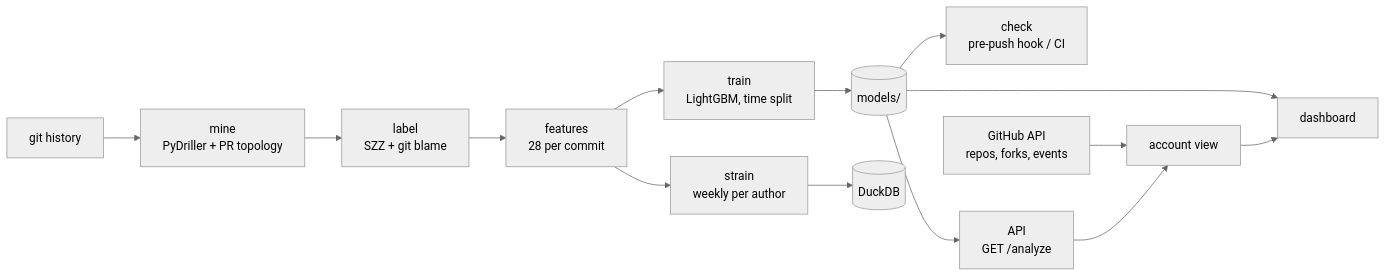
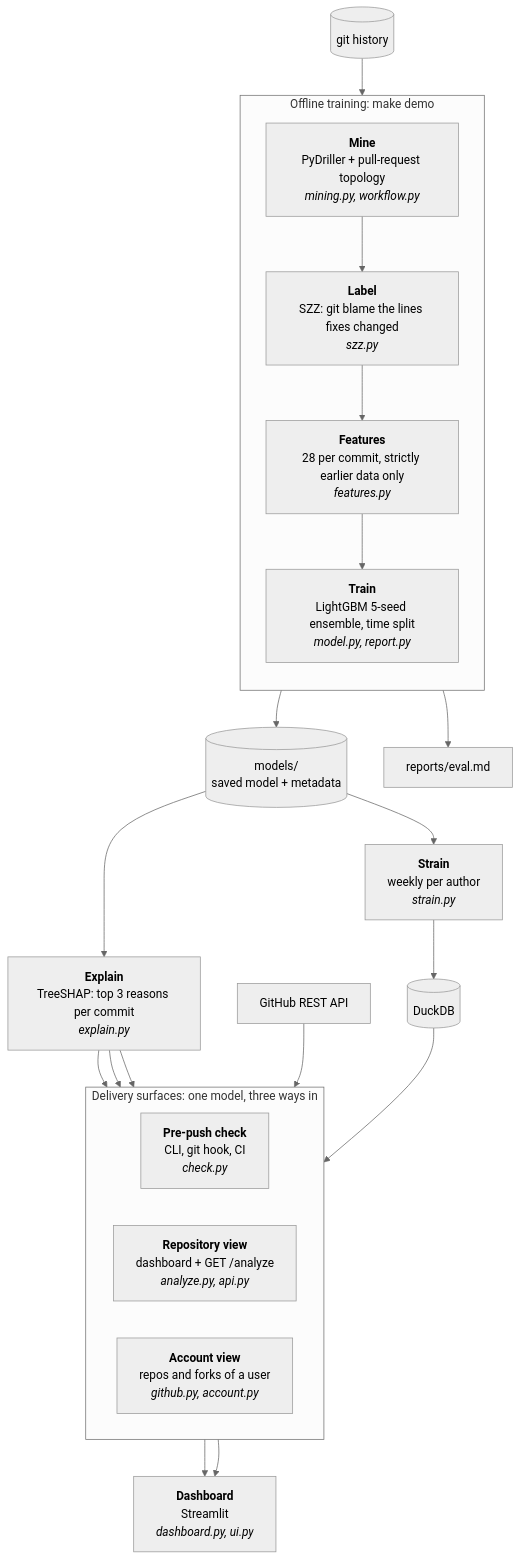
Before and after one commit to Iamshi-vissa/CommitRad: the diagram in README.md, drawn with Mermaid (neutral theme). The commit also changed other lines of this file and 6 other files, not shown here.

Commit message:
README: clearer layout, screenshots, top-down architecture diagram

````diff
--- a/README.md
+++ b/README.md
@@ -94,15 +95,34 @@
 ```mermaid
-flowchart LR
-    G[git history] --> M[mine<br/>PyDriller + PR topology]
-    M --> L[label<br/>SZZ + git blame]
-    L --> F[features<br/>28 per commit]
-    F --> T[train<br/>LightGBM, time split]
-    T --> MD[(models/)]
-    MD --> CK[check<br/>pre-push hook / CI]
-    MD --> API[API<br/>GET /analyze]
-    MD --> D[dashboard]
-    GH[GitHub API<br/>repos, forks, events] --> AC[account view]
-    API --> AC
-    AC --> D
-    F --> S[strain<br/>weekly per author] --> DB[(DuckDB)]
+flowchart TD
+    G[(git history)] --> M
+
+    subgraph TRAIN["Offline training: make demo"]
+        direction TB
+        M["<b>Mine</b><br/>PyDriller + pull-request topology<br/><i>mining.py, workflow.py</i>"]
+        L["<b>Label</b><br/>SZZ: git blame the lines fixes changed<br/><i>szz.py</i>"]
+        F["<b>Features</b><br/>28 per commit, strictly earlier data only<br/><i>features.py</i>"]
+        T["<b>Train</b><br/>LightGBM 5-seed ensemble, time split<br/><i>model.py, report.py</i>"]
+        M --> L --> F --> T
+    end
+
+    T --> MD[("models/<br/>saved model + metadata")]
+    T --> EV["reports/eval.md"]
+
+    MD --> X["<b>Explain</b><br/>TreeSHAP: top 3 reasons per commit<br/><i>explain.py</i>"]
+    MD --> S["<b>Strain</b><br/>weekly per author<br/><i>strain.py</i>"] --> DB[("DuckDB")]
+
+    subgraph SURF["Delivery surfaces: one model, three ways in"]
+        direction LR
+        CK["<b>Pre-push check</b><br/>CLI, git hook, CI<br/><i>check.py</i>"]
+        RV["<b>Repository view</b><br/>dashboard + GET /analyze<br/><i>analyze.py, api.py</i>"]
+        AV["<b>Account view</b><br/>repos and forks of a user<br/><i>github.py, account.py</i>"]
+    end
+
+    X --> CK
+    X --> RV
+    X --> AV
+    GH[GitHub REST API] --> AV
+    DB --> RV
+    RV --> D["<b>Dashboard</b><br/>Streamlit<br/><i>dashboard.py, ui.py</i>"]
+    AV --> D
 ```
````
